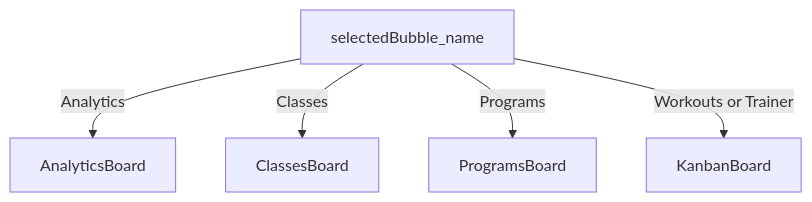
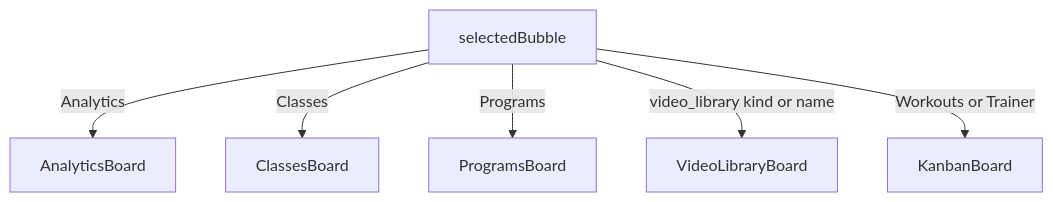
The diagram in docs/fitness/bubbles/README.md (jlfassio-vibecoder/buddybubble), drawn with Mermaid before and after one commit. The commit also changed other lines of this file and 30 other files, not shown here.

First line of the commit message:
feat(fitness): add scoped video library publishing

````diff
--- a/docs/fitness/bubbles/README.md
+++ b/docs/fitness/bubbles/README.md
@@ -28,8 +31,9 @@
 ```mermaid
 flowchart TD
-  sel[selectedBubble_name]
+  sel[selectedBubble]
   sel -->|Analytics| ab[AnalyticsBoard]
   sel -->|Classes| cb[ClassesBoard]
   sel -->|Programs| pb[ProgramsBoard]
+  sel -->|video_library kind or name| vlb[VideoLibraryBoard]
   sel -->|Workouts or Trainer| kb[KanbanBoard]
 ```
````
